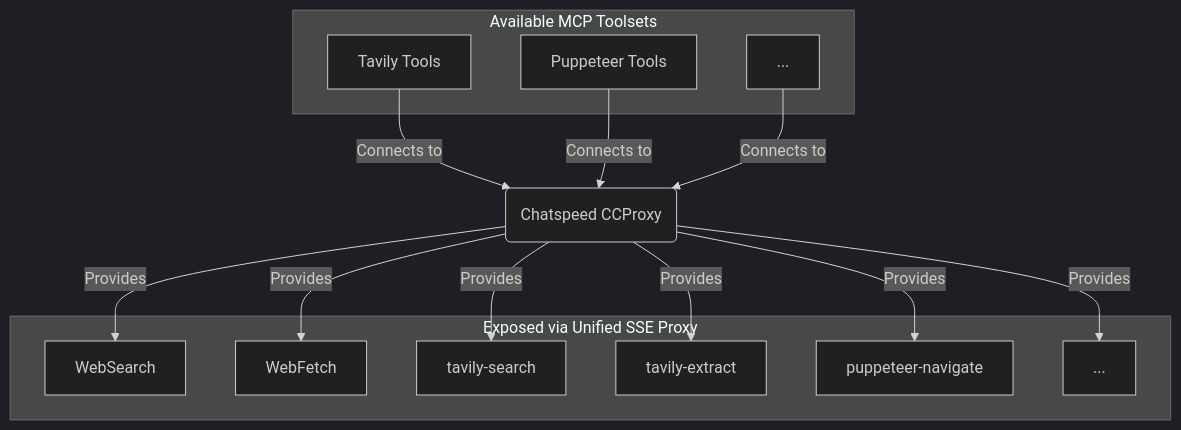
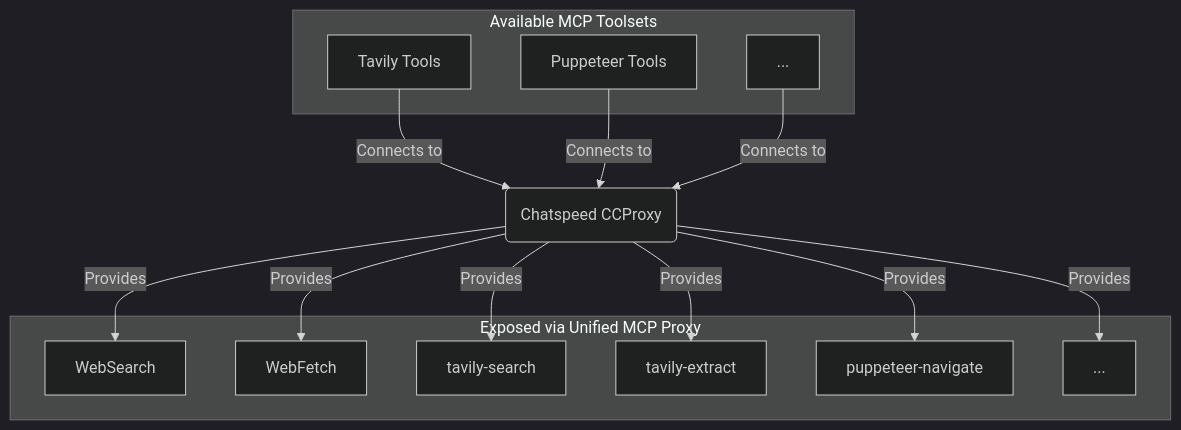
Before and after one commit to aidyou/chatspeed-docs: the diagram in docs/mcp/README.md, drawn with Mermaid (dark theme). The commit also changed other lines of this file and 7 other files, not shown here.

````diff
--- a/docs/mcp/README.md
+++ b/docs/mcp/README.md
@@ -39,30 +38,30 @@
 ```mermaid
 graph TD
     subgraph "Available MCP Toolsets"
         A[Tavily Tools]
         B[Puppeteer Tools]
         C[...]
     end
 
     P(Chatspeed CCProxy)
 
-    subgraph "Exposed via Unified SSE Proxy"
+    subgraph "Exposed via Unified MCP Proxy"
         D[WebSearch]
         E[WebFetch]
         F[tavily-search]
         G[tavily-extract]
         H[puppeteer-navigate]
         I[...]
     end
 
     A -- "Connects to" --> P
     B -- "Connects to" --> P
     C -- "Connects to" --> P
 
     P -- "Provides" --> D
     P -- "Provides" --> E
     P -- "Provides" --> F
     P -- "Provides" --> G
     P -- "Provides" --> H
     P -- "Provides" --> I
 ```
````
